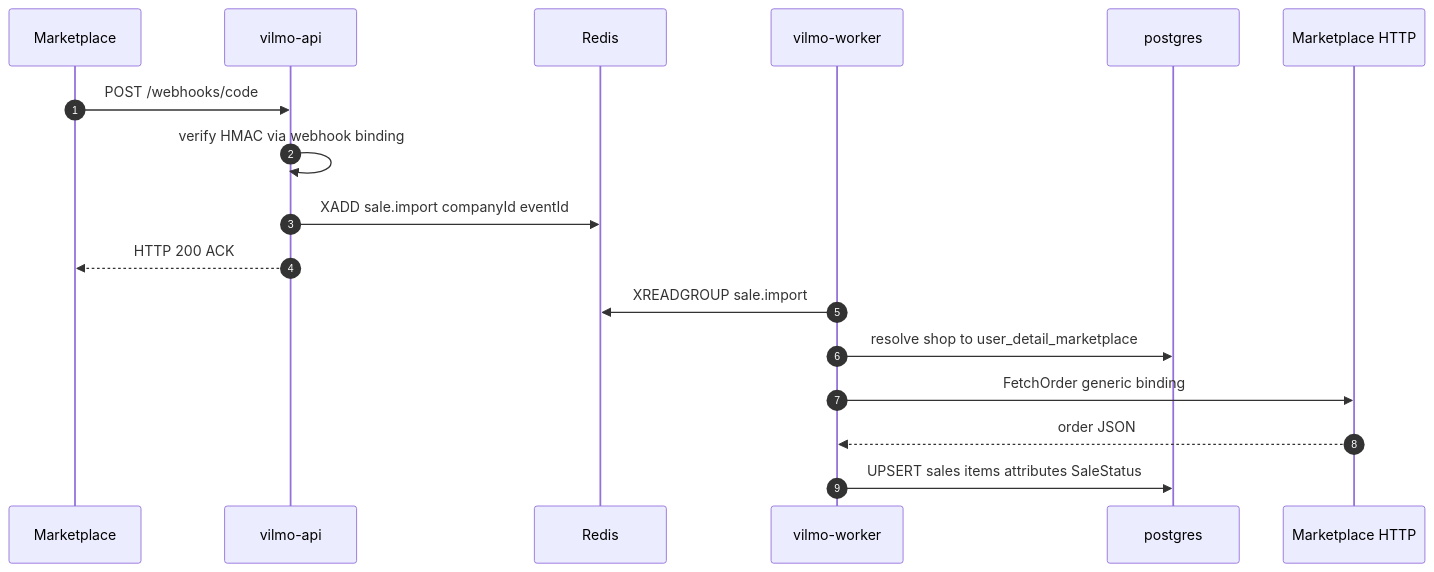
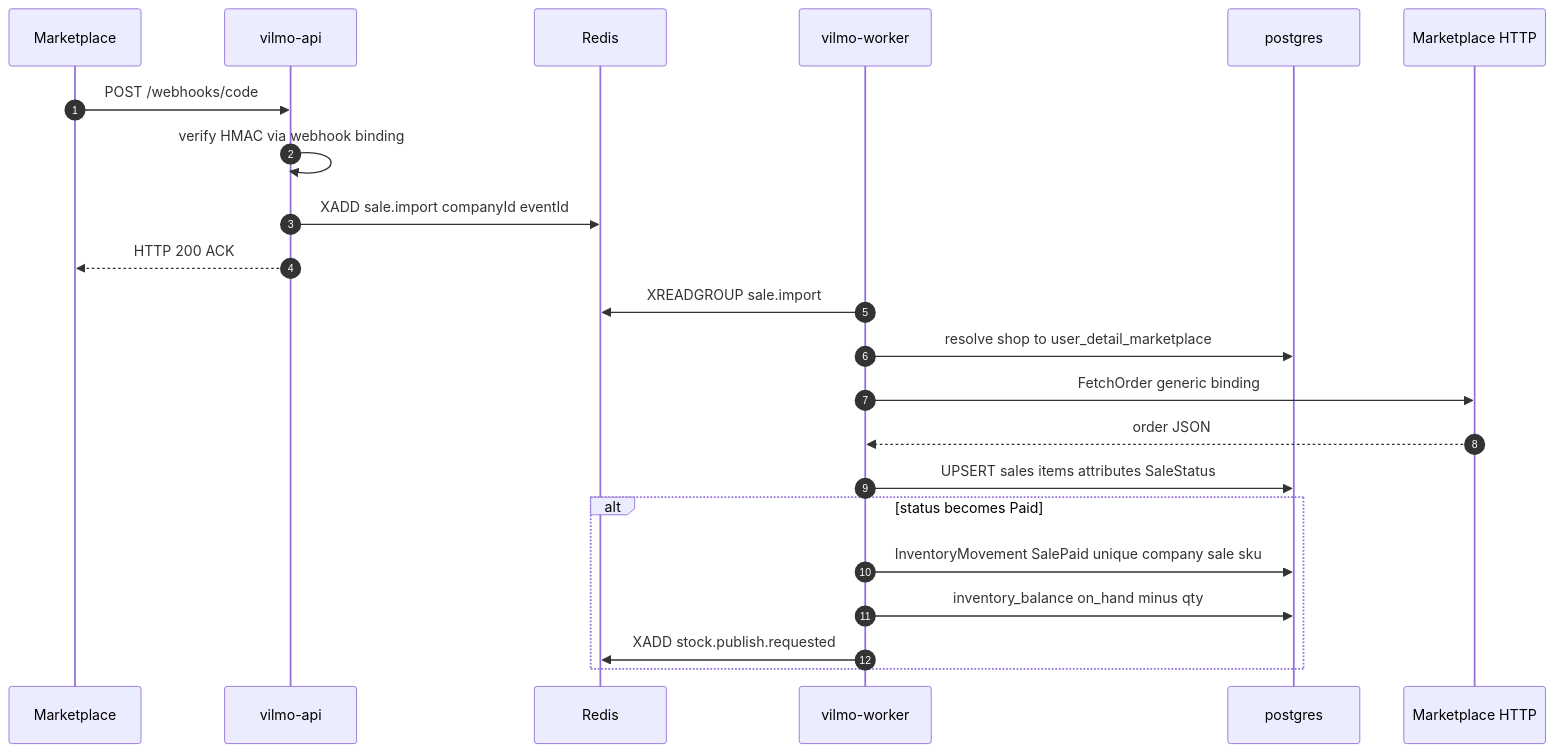
The diagram in MD/architecture/arch_02_seq_webhook_sale.mmd (andrevilmo/VilmoMarketingEngine), drawn with Mermaid before and after one commit. The commit also changed 13 other files, not shown here.

First line of the commit message:
docs: plan company stock, sale price, and NF-e ingest

```diff
--- a/MD/architecture/arch_02_seq_webhook_sale.mmd
+++ b/MD/architecture/arch_02_seq_webhook_sale.mmd
@@ -1,18 +1,23 @@
 sequenceDiagram
   autonumber
   participant MP as Marketplace
   participant Api as vilmo-api
   participant Redis
   participant Worker as vilmo-worker
   participant Pg as postgres
   participant MPAPI as Marketplace HTTP
 
   MP->>Api: POST /webhooks/code
   Api->>Api: verify HMAC via webhook binding
   Api->>Redis: XADD sale.import companyId eventId
   Api-->>MP: HTTP 200 ACK
   Worker->>Redis: XREADGROUP sale.import
   Worker->>Pg: resolve shop to user_detail_marketplace
   Worker->>MPAPI: FetchOrder generic binding
   MPAPI-->>Worker: order JSON
   Worker->>Pg: UPSERT sales items attributes SaleStatus
+  alt status becomes Paid
+    Worker->>Pg: InventoryMovement SalePaid unique company sale sku
+    Worker->>Pg: inventory_balance on_hand minus qty
+    Worker->>Redis: XADD stock.publish.requested
+  end
```
